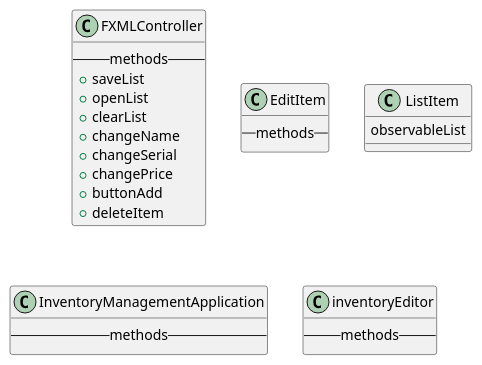
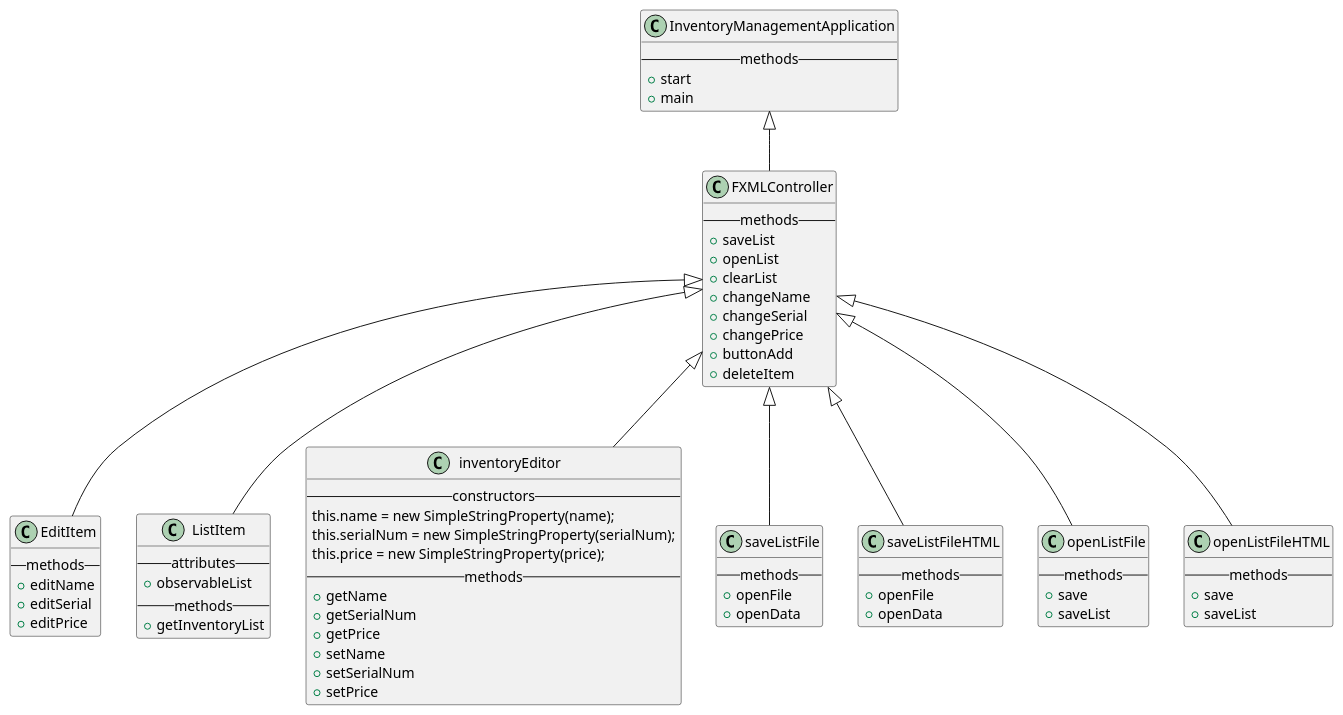
One commit to khoivu166/InventoryManagementApp changed the diagram in InventoryManagementApplication/docs/inventoryAppUML.puml. Above: the diagram before and after it, drawn with PlantUML. The commit also changed 23 other files, not shown here.

```diff
--- a/InventoryManagementApplication/docs/inventoryAppUML.puml
+++ b/InventoryManagementApplication/docs/inventoryAppUML.puml
@@ -1,34 +1,89 @@
 @startuml
 class FXMLController
 {
     --methods--
     +saveList
     +openList
     +clearList
     +changeName
     +changeSerial
     +changePrice
     +buttonAdd
     +deleteItem
 }
 
 class EditItem
 {
     --methods--
+    +editName
+    +editSerial
+    +editPrice
 }
 
 class ListItem
 {
-    observableList
+    --attributes--
+    +observableList
+    --methods--
+    +getInventoryList
 }
 
 class InventoryManagementApplication
 {
     --methods--
+    +start
+    +main
 }
 
 class inventoryEditor
 {
+    --constructors--
+    this.name = new SimpleStringProperty(name);
+    this.serialNum = new SimpleStringProperty(serialNum);
+    this.price = new SimpleStringProperty(price);
     --methods--
+    +getName
+    +getSerialNum
+    +getPrice
+    +setName
+    +setSerialNum
+    +setPrice
 }
+class saveListFile
+{
+    --methods--
+    +openFile
+    +openData
+}
+
+class saveListFileHTML
+{
+    --methods--
+     +openFile
+     +openData
+}
+
+class openListFile
+{
+    --methods--
+    +save
+    +saveList
+}
+
+class openListFileHTML
+{
+        --methods--
+        +save
+        +saveList
+}
+
+InventoryManagementApplication <|-- FXMLController
+FXMLController <|-- ListItem
+FXMLController <|-- EditItem
+FXMLController <|-- saveListFile
+FXMLController <|-- saveListFileHTML
+FXMLController <|-- openListFile
+FXMLController <|-- inventoryEditor
+FXMLController <|-- openListFileHTML
+
 @enduml
```
